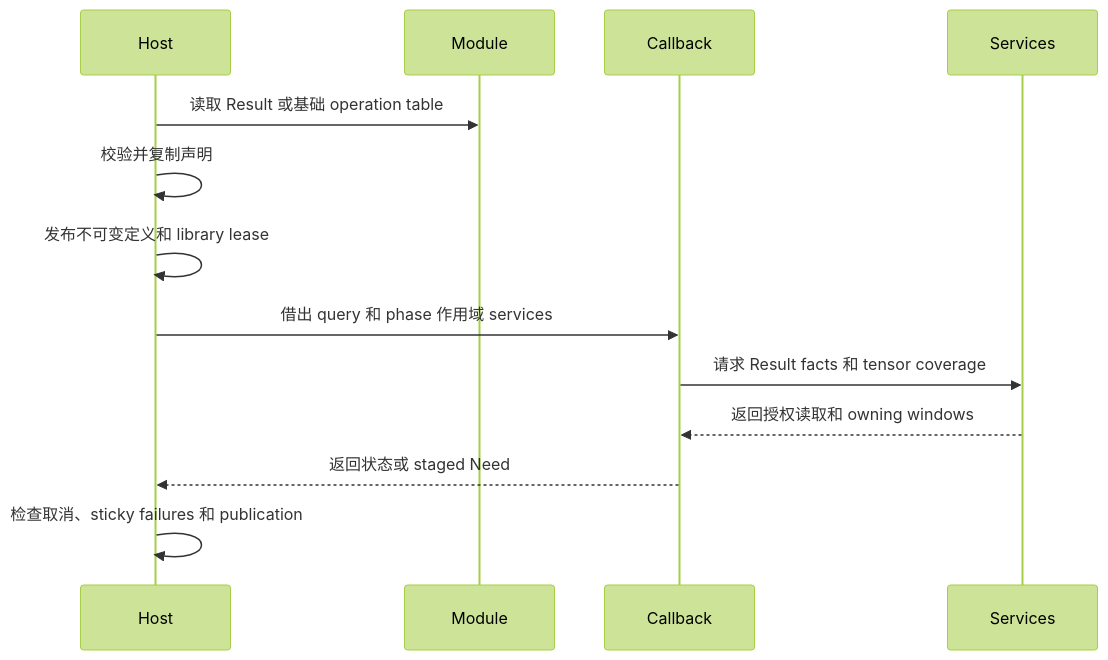
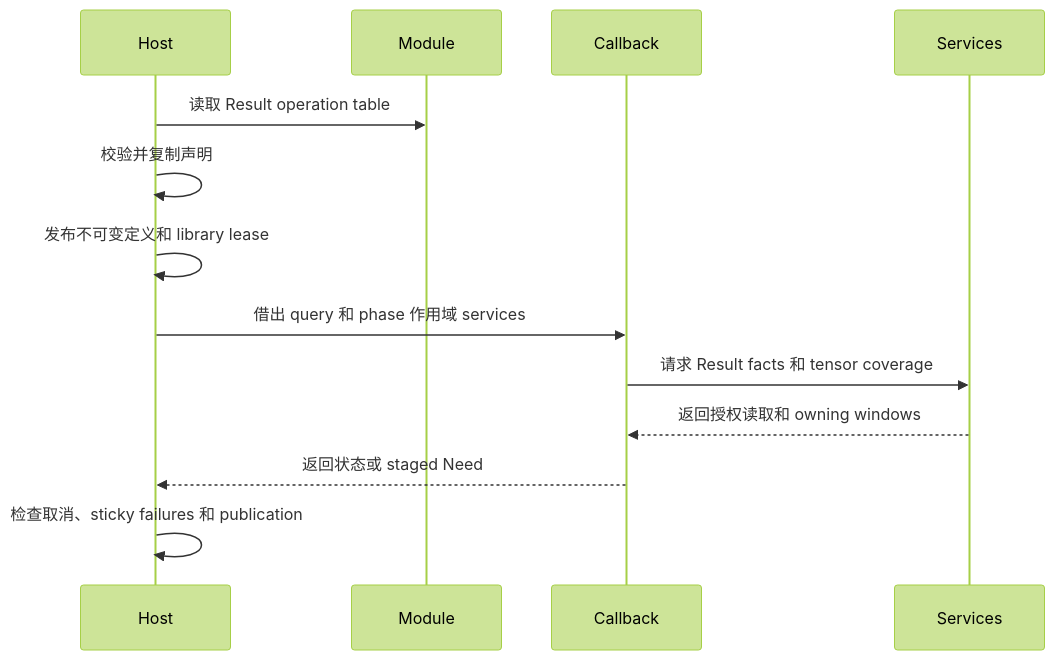
Before and after one commit to kevin-zf1123/photospider: the diagram in docs/kernel-architecture/zh/Plugin-ABI.zh.md, drawn with Mermaid (forest theme). The commit also changed other lines of this file and 648 other files, not shown here.

````diff
--- a/docs/kernel-architecture/zh/Plugin-ABI.zh.md
+++ b/docs/kernel-architecture/zh/Plugin-ABI.zh.md
@@ -9,15 +9,15 @@
 ```mermaid
 sequenceDiagram
     participant Host
     participant Module
     participant Callback
     participant Services
-    Host->>Module: 读取 Result 或基础 operation table
+    Host->>Module: 读取 Result operation table
     Host->>Host: 校验并复制声明
     Host->>Host: 发布不可变定义和 library lease
     Host->>Callback: 借出 query 和 phase 作用域 services
     Callback->>Services: 请求 Result facts 和 tensor coverage
     Services-->>Callback: 返回授权读取和 owning windows
     Callback-->>Host: 返回状态或 staged Need
     Host->>Host: 检查取消、sticky failures 和 publication
 ```
````
